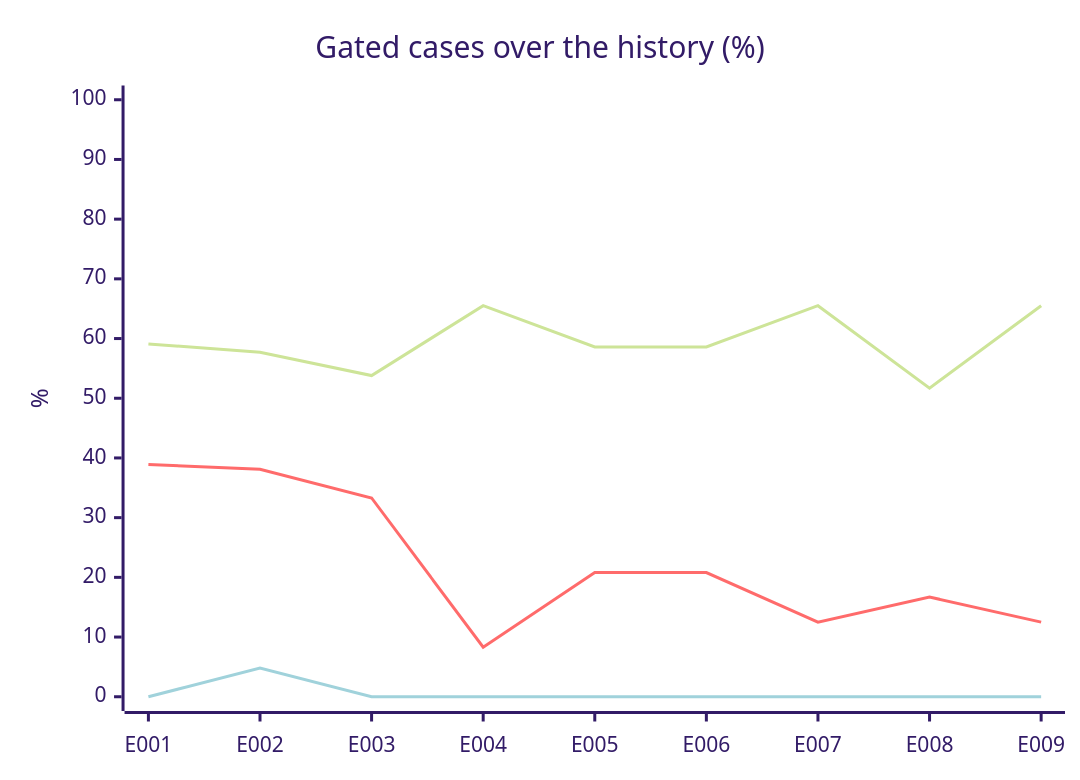
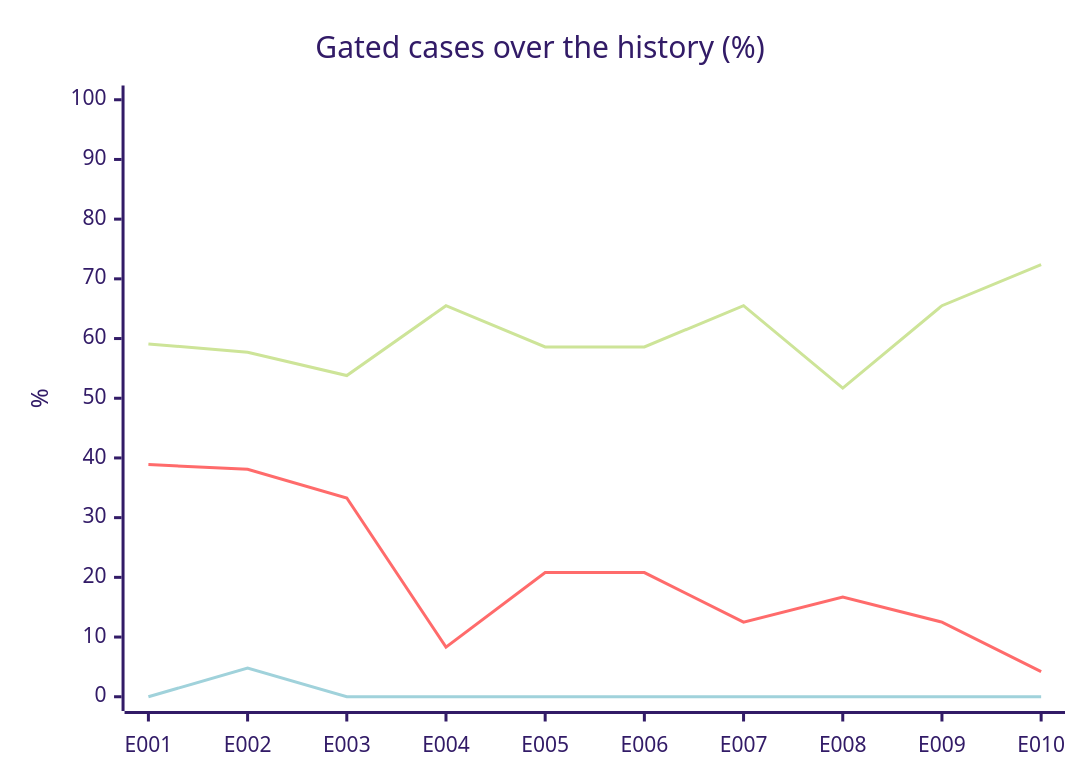
One commit to acarbonellb/anti-fraud-agent changed the diagram in evals/report.md. Above: the diagram before and after it, drawn with Mermaid (forest theme). The commit also changed other lines of this file and 8 other files, not shown here.

````diff
--- a/evals/report.md
+++ b/evals/report.md
@@ -44,9 +45,9 @@
 ```mermaid
 xychart-beta
   title "Gated cases over the history (%)"
-  x-axis [E001, E002, E003, E004, E005, E006, E007, E008, E009]
+  x-axis [E001, E002, E003, E004, E005, E006, E007, E008, E009, E010]
   y-axis "%" 0 --> 100
-  line [59.1, 57.7, 53.8, 65.5, 58.6, 58.6, 65.5, 51.7, 65.5]
-  line [38.9, 38.1, 33.3, 8.3, 20.8, 20.8, 12.5, 16.7, 12.5]
-  line [0, 4.8, 0, 0, 0, 0, 0, 0, 0]
+  line [59.1, 57.7, 53.8, 65.5, 58.6, 58.6, 65.5, 51.7, 65.5, 72.4]
+  line [38.9, 38.1, 33.3, 8.3, 20.8, 20.8, 12.5, 16.7, 12.5, 4.2]
+  line [0, 4.8, 0, 0, 0, 0, 0, 0, 0, 0]
 ```
````
